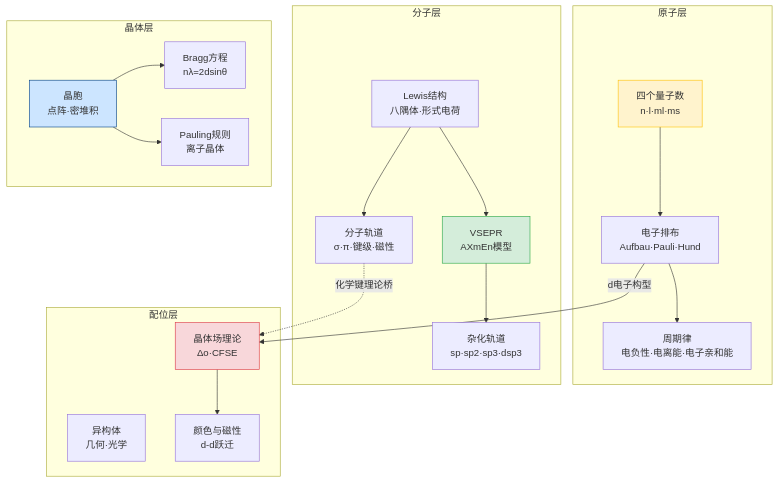
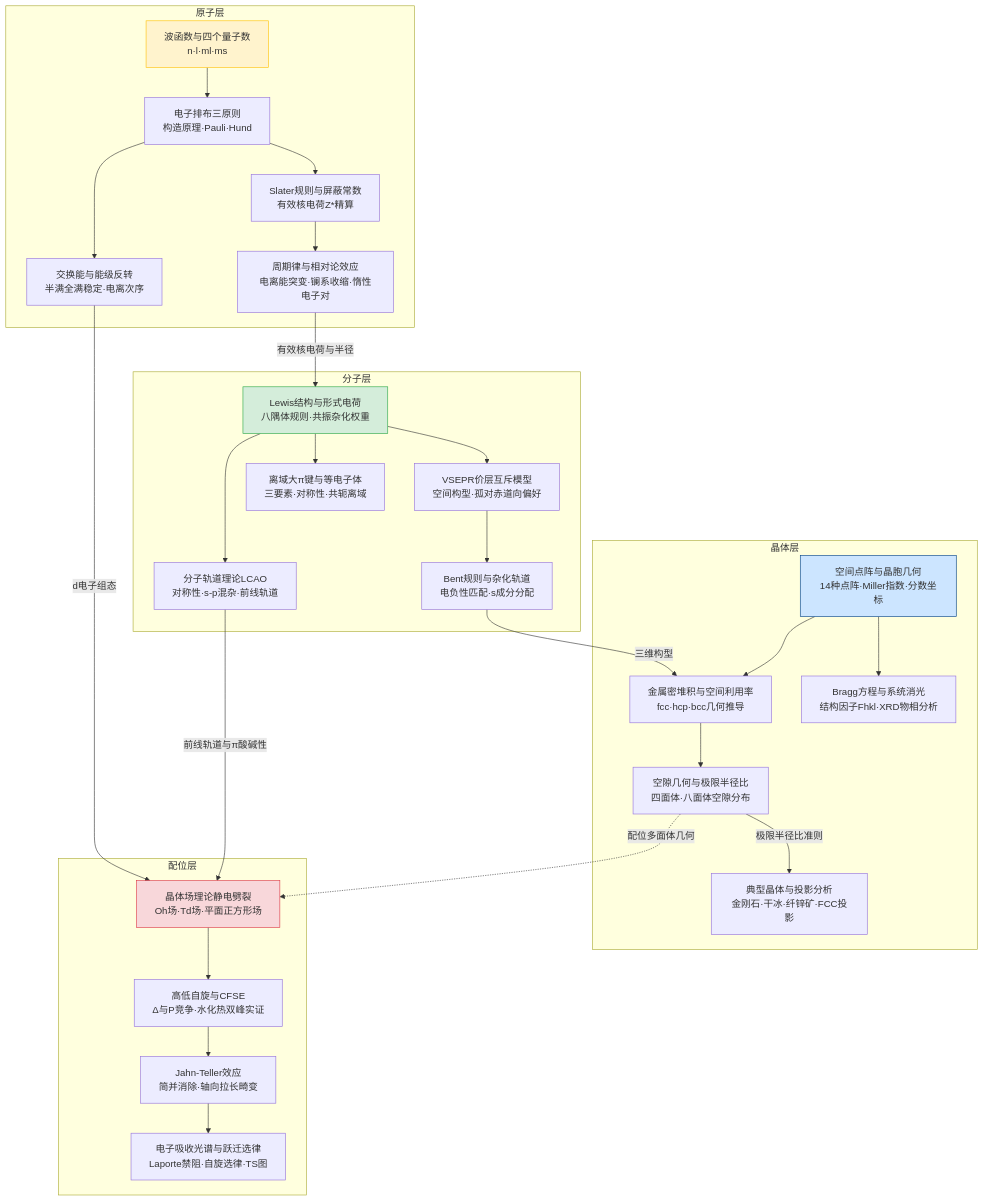
The diagram in 04-课件/复习课/第一轮结构化学初步复习-v2.md (shikieiki692/nation), drawn with Mermaid before and after one commit. The commit also changed other lines of this file, not shown here.

````diff
--- a/04-课件/复习课/第一轮结构化学初步复习-v2.md
+++ b/04-课件/复习课/第一轮结构化学初步复习-v2.md
@@ -204,42 +193,53 @@
 ```mermaid
 graph TD
     subgraph 原子层
-        QN[四个量子数<br/>n·l·ml·ms]
-        EP[电子排布<br/>Aufbau·Pauli·Hund]
-        PE[周期律<br/>电负性·电离能·电子亲和能]
+        QN[波函数与四个量子数<br/>n·l·ml·ms]
+        EP[电子排布三原则<br/>构造原理·Pauli·Hund]
+        EX[交换能与能级反转<br/>半满全满稳定·电离次序]
+        SL[Slater规则与屏蔽常数<br/>有效核电荷Z*精算]
+        PE[周期律与相对论效应<br/>电离能突变·镧系收缩·惰性电子对]
     end
 
     subgraph 分子层
-        LEWIS[Lewis结构<br/>八隅体·形式电荷]
-        VSEPR[VSEPR<br/>AXmEn模型]
-        HYB[杂化轨道<br/>sp·sp2·sp3·dsp3]
-        MO_L[分子轨道<br/>σ·π·键级·磁性]
+        LEWIS[Lewis结构与形式电荷<br/>八隅体规则·共振杂化权重]
+        VSEPR[VSEPR价层互斥模型<br/>空间构型·孤对赤道向偏好]
+        BENT[Bent规则与杂化轨道<br/>电负性匹配·s成分分配]
+        PI[离域大π键与等电子体<br/>三要素·对称性·共轭离域]
+        MO_L[分子轨道理论LCAO<br/>对称性·s-p混杂·前线轨道]
     end
 
     subgraph 晶体层
-        UNIT[晶胞<br/>点阵·密堆积]
-        BRAGG[Bragg方程<br/>nλ=2dsinθ]
-        Pauling_R[Pauling规则<br/>离子晶体]
+        LATTICE[空间点阵与晶胞几何<br/>14种点阵·Miller指数·分数坐标]
+        PACK[金属密堆积与空间利用率<br/>fcc·hcp·bcc几何推导]
+        VOID[空隙几何与极限半径比<br/>四面体·八面体空隙分布]
+        BRAGG[Bragg方程与系统消光<br/>结构因子Fhkl·XRD物相分析]
+        TYPICAL[典型晶体与投影分析<br/>金刚石·干冰·纤锌矿·FCC投影]
     end
 
     subgraph 配位层
-        CFT[晶体场理论<br/>Δo·CFSE]
-        ISOM[异构体<br/>几何·光学]
-        COLOR[颜色与磁性<br/>d-d跃迁]
+        CFT[晶体场理论静电劈裂<br/>Oh场·Td场·平面正方形场]
+        SPIN[高低自旋与CFSE<br/>Δ与P竞争·水化热双峰实证]
+        JT[Jahn-Teller效应<br/>简并消除·轴向拉长畸变]
+        SPEC[电子吸收光谱与跃迁选律<br/>Laporte禁阻·自旋选律·TS图]
     end
 
-    QN --> EP
-    EP --> PE
-    LEWIS --> VSEPR --> HYB
+    QN --> EP --> EX
+    EP --> SL --> PE
+    PE -->|有效核电荷与半径| LEWIS
+    EX -->|d电子组态| CFT
+    LEWIS --> VSEPR --> BENT
+    LEWIS --> PI
     LEWIS --> MO_L
-    UNIT --> BRAGG
-    UNIT --> Pauling_R
-    CFT --> COLOR
-    EP -->|d电子构型| CFT
-    MO_L -.->|化学键理论桥| CFT
+    BENT -->|三维构型| PACK
+    MO_L -->|前线轨道与π酸碱性| CFT
+    LATTICE --> PACK --> VOID
+    LATTICE --> BRAGG
+    VOID -->|极限半径比准则| TYPICAL
+    CFT --> SPIN --> JT --> SPEC
+    VOID -.->|配位多面体几何| CFT
 
     style QN fill:#fff3cd,stroke:#ffc107
-    style VSEPR fill:#d4edda,stroke:#28a745
-    style UNIT fill:#cce5ff,stroke:#004085
+    style LEWIS fill:#d4edda,stroke:#28a745
+    style LATTICE fill:#cce5ff,stroke:#004085
     style CFT fill:#f8d7da,stroke:#dc3545
 ```
````
